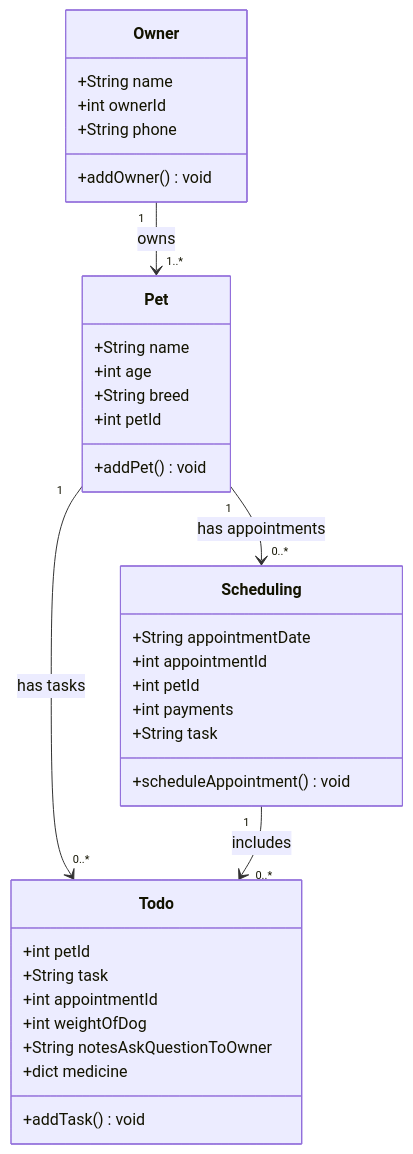
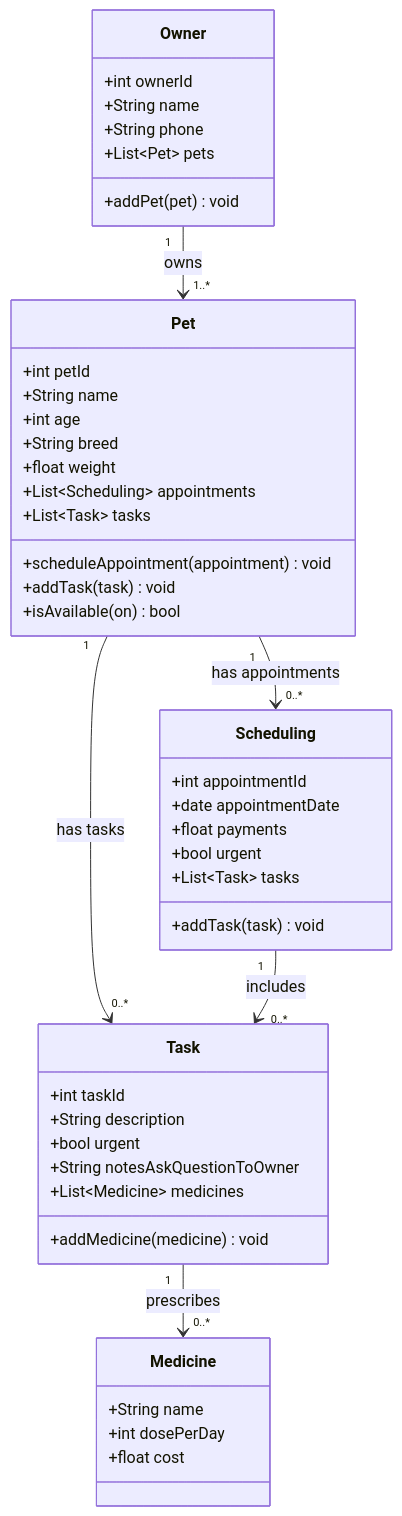
Before and after one commit to Voltron1217/pawpal-: the diagram in diagrams/uml.mmd, drawn with Mermaid. The commit also changed 6 other files, not shown here.

```diff
--- a/diagrams/uml.mmd
+++ b/diagrams/uml.mmd
@@ -1,39 +1,51 @@
 classDiagram
     class Owner {
+        +int ownerId
         +String name
-        +int ownerId
         +String phone
-        +addOwner() void
+        +List~Pet~ pets
+        +addPet(pet) void
     }
 
     class Pet {
+        +int petId
         +String name
         +int age
         +String breed
-        +int petId
-        +addPet() void
+        +float weight
+        +List~Scheduling~ appointments
+        +List~Task~ tasks
+        +scheduleAppointment(appointment) void
+        +addTask(task) void
+        +isAvailable(on) bool
     }
 
     class Scheduling {
-        +String appointmentDate
         +int appointmentId
-        +int petId
-        +int payments
-        +String task
-        +scheduleAppointment() void
+        +date appointmentDate
+        +float payments
+        +bool urgent
+        +List~Task~ tasks
+        +addTask(task) void
     }
 
-    class Todo {
-        +int petId
-        +String task
-        +int appointmentId
-        +int weightOfDog
+    class Task {
+        +int taskId
+        +String description
+        +bool urgent
         +String notesAskQuestionToOwner
-        +dict medicine
-        +addTask() void
+        +List~Medicine~ medicines
+        +addMedicine(medicine) void
+    }
+
+    class Medicine {
+        +String name
+        +int dosePerDay
+        +float cost
     }
 
     Owner "1" --> "1..*" Pet : owns
     Pet "1" --> "0..*" Scheduling : has appointments
-    Pet "1" --> "0..*" Todo : has tasks
-    Scheduling "1" --> "0..*" Todo : includes
+    Pet "1" --> "0..*" Task : has tasks
+    Scheduling "1" --> "0..*" Task : includes
+    Task "1" --> "0..*" Medicine : prescribes
```
